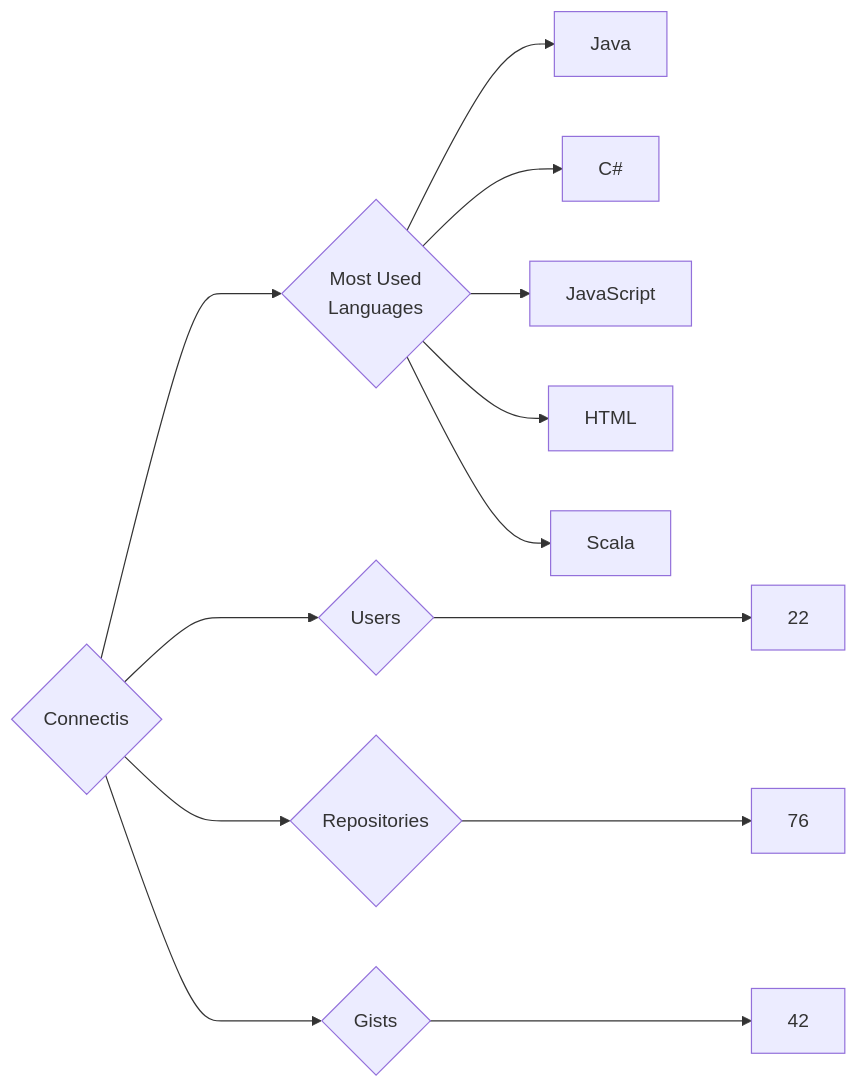
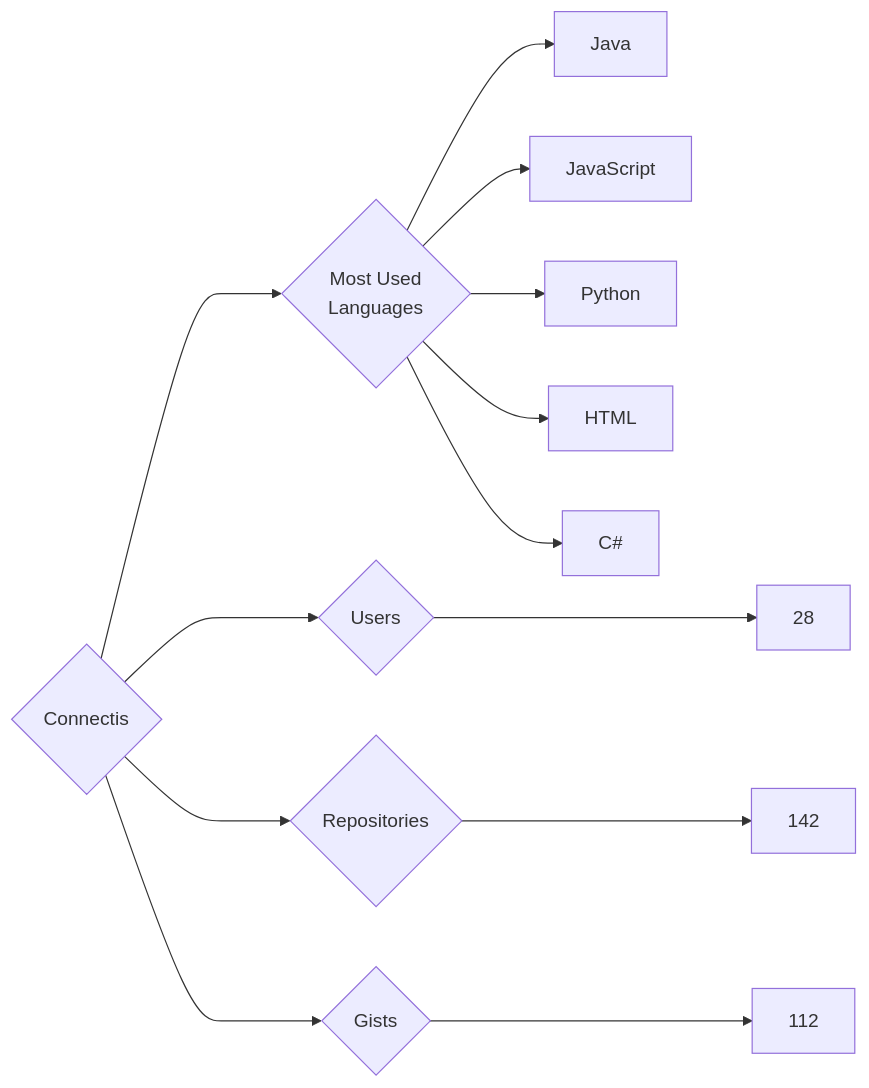
Before and after one commit to trickest/insiders: the diagram in targets/Connectis/README.md, drawn with Mermaid. The commit also changed 639 other files, not shown here.

````diff
--- a/targets/Connectis/README.md
+++ b/targets/Connectis/README.md
@@ -3,13 +3,13 @@
 ```mermaid
 graph LR
 COMPANY_NAME{Connectis}
-COMPANY_NAME ---> U{Users} ---> UN[22]
-COMPANY_NAME ---> R{Repositories} ---> RN[76]
-COMPANY_NAME ---> G{Gists} ---> GN[42]
+COMPANY_NAME ---> U{Users} ---> UN[28]
+COMPANY_NAME ---> R{Repositories} ---> RN[142]
+COMPANY_NAME ---> G{Gists} ---> GN[112]
 COMPANY_NAME ---> ML{Most Used<br>Languages}
 ML --> Java[Java]
+ML --> JavaScript[JavaScript]
+ML --> Python[Python]
+ML --> HTML[HTML]
 ML --> C#[C#]
-ML --> JavaScript[JavaScript]
-ML --> HTML[HTML]
-ML --> Scala[Scala]
 ```
````
